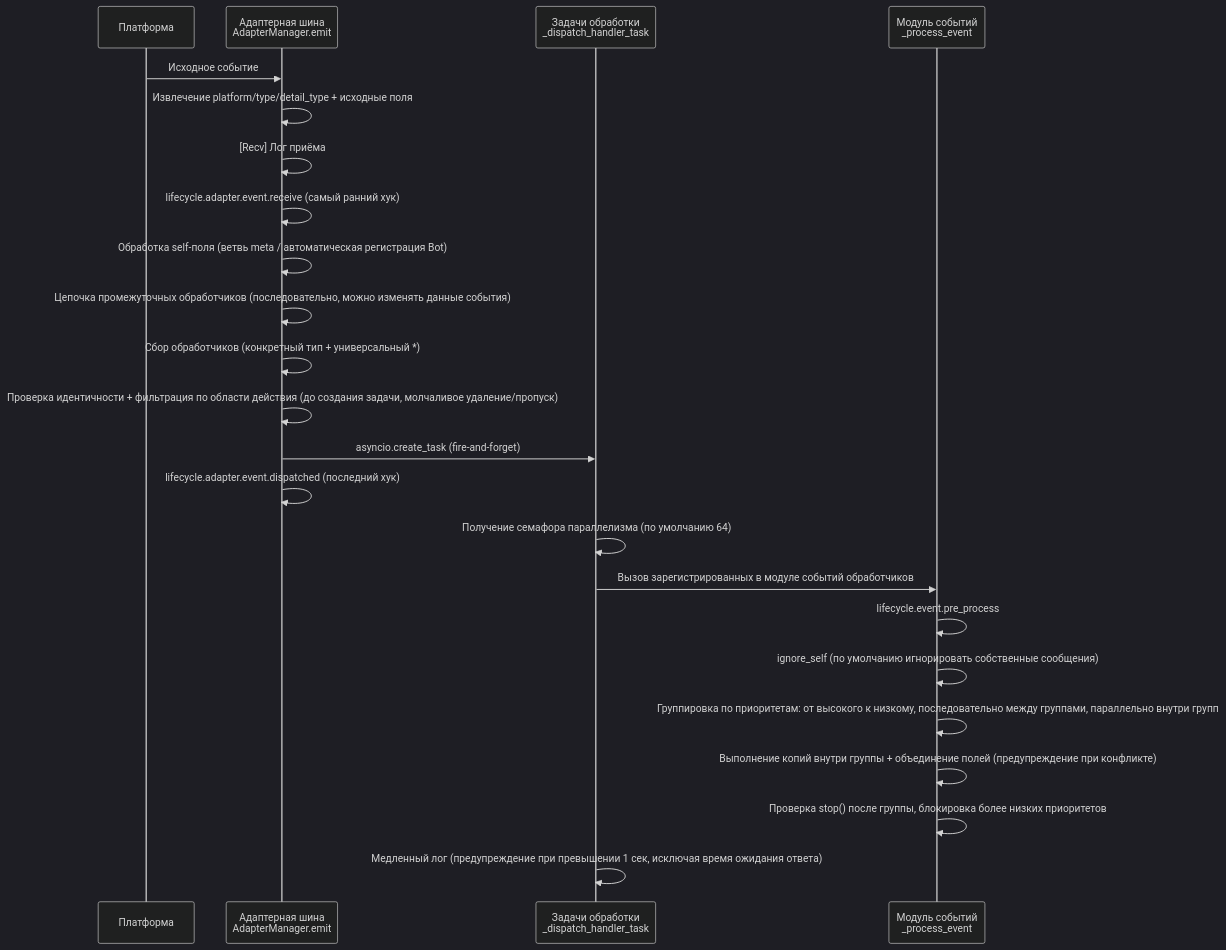
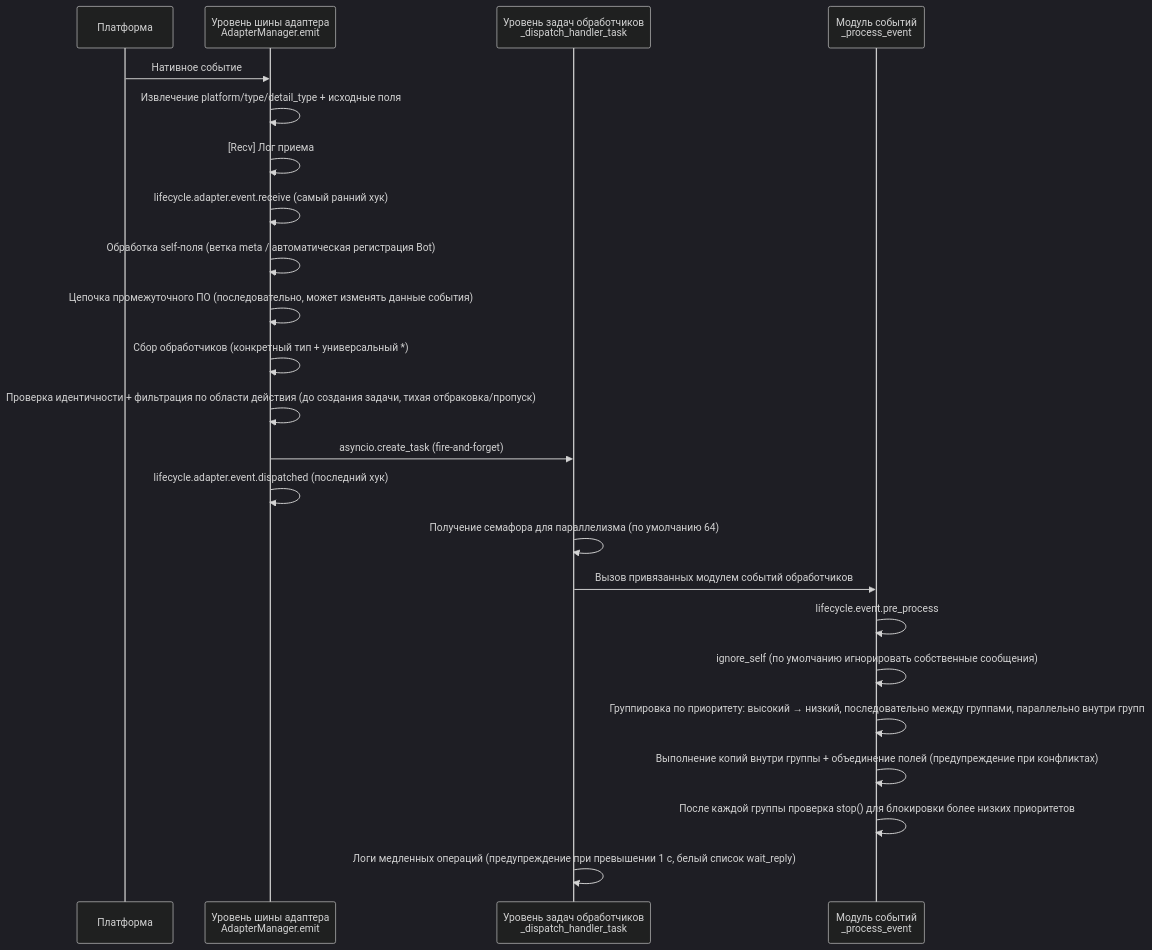
One commit to ErisPulse/ErisPulse changed the fourth of 9 diagrams in docs/ru/architecture.md. Above: the diagram before and after it, drawn with Mermaid (dark theme). The commit also changed other lines of this file and 79 other files, not shown here.

````diff
--- a/docs/ru/architecture.md
+++ b/docs/ru/architecture.md
@@ -108,26 +108,26 @@
 ```mermaid
 sequenceDiagram
     participant P as Платформа
-    participant A as Адаптерная шина<br/>AdapterManager.emit
-    participant T as Задачи обработки<br/>_dispatch_handler_task
+    participant A as Уровень шины адаптера<br/>AdapterManager.emit
+    participant T as Уровень задач обработчиков<br/>_dispatch_handler_task
     participant E as Модуль событий<br/>_process_event
 
-    P->>A: Исходное событие
+    P->>A: Нативное событие
     A->>A: Извлечение platform/type/detail_type + исходные поля
-    A->>A: [Recv] Лог приёма
+    A->>A: [Recv] Лог приема
     A->>A: lifecycle.adapter.event.receive (самый ранний хук)
-    A->>A: Обработка self-поля (ветвь meta / автоматическая регистрация Bot)
-    A->>A: Цепочка промежуточных обработчиков (последовательно, можно изменять данные события)
+    A->>A: Обработка self-поля (ветка meta / автоматическая регистрация Bot)
+    A->>A: Цепочка промежуточного ПО (последовательно, может изменять данные события)
     A->>A: Сбор обработчиков (конкретный тип + универсальный *)
-    A->>A: Проверка идентичности + фильтрация по области действия (до создания задачи, молчаливое удаление/пропуск)
+    A->>A: Проверка идентичности + фильтрация по области действия (до создания задачи, тихая отбраковка/пропуск)
     A->>T: asyncio.create_task (fire-and-forget)
     A->>A: lifecycle.adapter.event.dispatched (последний хук)
-    T->>T: Получение семафора параллелизма (по умолчанию 64)
-    T->>E: Вызов зарегистрированных в модуле событий обработчиков
+    T->>T: Получение семафора для параллелизма (по умолчанию 64)
+    T->>E: Вызов привязанных модулем событий обработчиков
     E->>E: lifecycle.event.pre_process
     E->>E: ignore_self (по умолчанию игнорировать собственные сообщения)
-    E->>E: Группировка по приоритетам: от высокого к низкому, последовательно между группами, параллельно внутри групп
-    E->>E: Выполнение копий внутри группы + объединение полей (предупреждение при конфликте)
-    E->>E: Проверка stop() после группы, блокировка более низких приоритетов
-    T->>T: Медленный лог (предупреждение при превышении 1 сек, исключая время ожидания ответа)
+    E->>E: Группировка по приоритету: высокий → низкий, последовательно между группами, параллельно внутри групп
+    E->>E: Выполнение копий внутри группы + объединение полей (предупреждение при конфликтах)
+    E->>E: После каждой группы проверка stop() для блокировки более низких приоритетов
+    T->>T: Логи медленных операций (предупреждение при превышении 1 с, белый список wait_reply)
 ```
````
